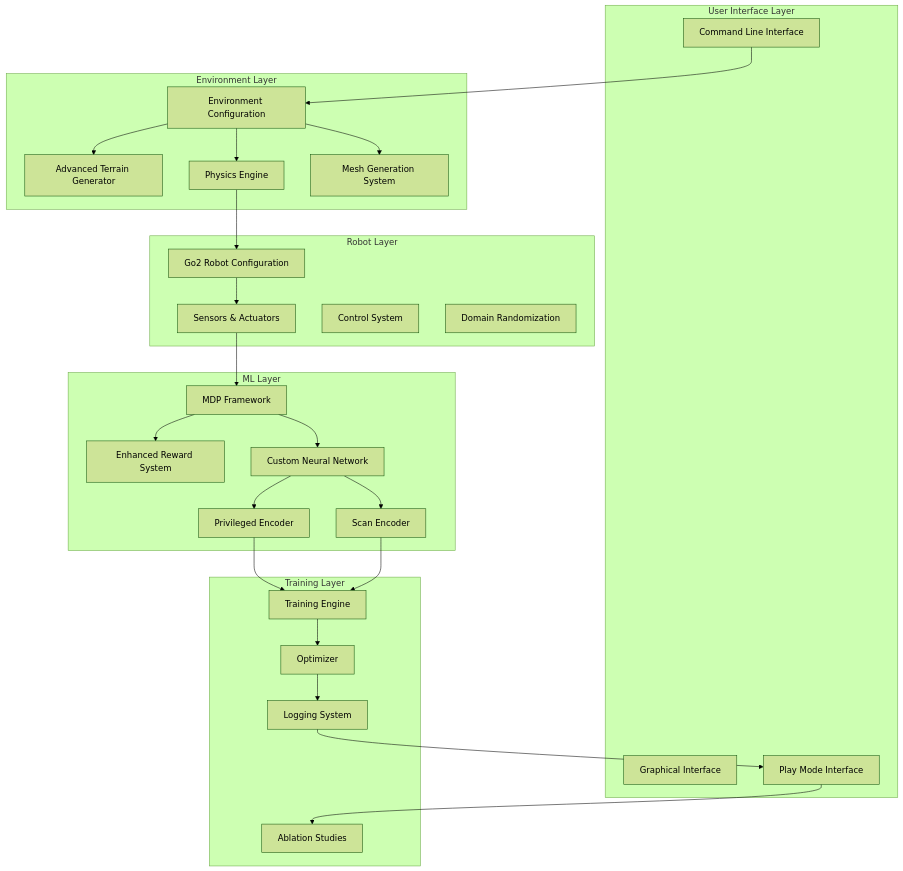
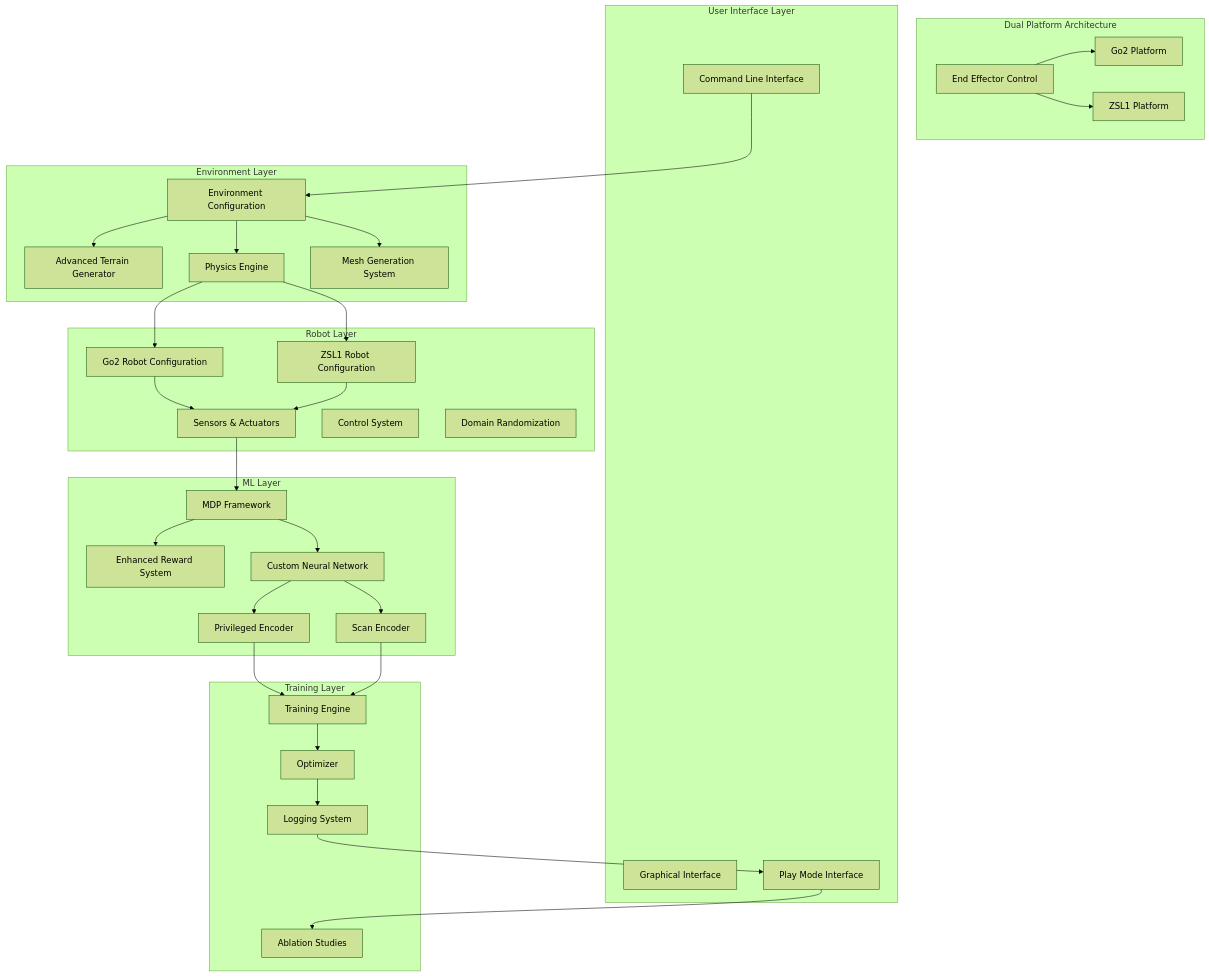
Before and after one commit to jayjayhust/robot_lab: the first of 15 diagrams in .qoder/repowiki/en/content/Task Configuration Framework/Velocity-Based Locomotion Tasks/Parkour Navigation System.md, drawn with Mermaid (forest theme). The commit also changed other lines of this file and 9 other files, not shown here.

````diff
--- a/.qoder/repowiki/en/content/Task Configuration Framework/Velocity-Based Locomotion Tasks/Parkour Navigation System.md
+++ b/.qoder/repowiki/en/content/Task Configuration Framework/Velocity-Based Locomotion Tasks/Parkour Navigation System.md
@@ -51,50 +60,60 @@
 ```mermaid
 graph TB
+subgraph "Dual Platform Architecture"
+Go2Platform[Go2 Platform]
+ZSL1Platform[ZSL1 Platform]
+EndEffector[End Effector Control]
+EndEffector --> Go2Platform
+EndEffector --> ZSL1Platform
+end
 subgraph "User Interface Layer"
 CLI[Command Line Interface]
 GUI[Graphical Interface]
 PlayMode[Play Mode Interface]
 end
 subgraph "Environment Layer"
 EnvCfg[Environment Configuration]
 TerrainGen[Advanced Terrain Generator]
 Physics[Physics Engine]
 MeshGen[Mesh Generation System]
 end
 subgraph "Robot Layer"
-RobotCfg[Go2 Robot Configuration]
+Go2Robot[Go2 Robot Configuration]
+ZSL1Robot[ZSL1 Robot Configuration]
 Sensors[Sensors & Actuators]
 Control[Control System]
 DR[Domain Randomization]
 end
 subgraph "ML Layer"
 MDP[MDP Framework]
 Rewards[Enhanced Reward System]
 Policy[Custom Neural Network]
 ScanEnc[Scan Encoder]
 PrivEnc[Privileged Encoder]
 end
 subgraph "Training Layer"
 Trainer[Training Engine]
 Optimizer[Optimizer]
 Logger[Logging System]
 Ablation[Ablation Studies]
 end
 CLI --> EnvCfg
 EnvCfg --> TerrainGen
 EnvCfg --> Physics
 EnvCfg --> MeshGen
-Physics --> RobotCfg
-RobotCfg --> Sensors
+Physics --> Go2Robot
+Physics --> ZSL1Robot
+Go2Robot --> Sensors
+ZSL1Robot --> Sensors
 Sensors --> MDP
 MDP --> Rewards
 MDP --> Policy
 Policy --> ScanEnc
 Policy --> PrivEnc
 PrivEnc --> Trainer
 ScanEnc --> Trainer
 Trainer --> Optimizer
 Optimizer --> Logger
 Logger --> PlayMode
 PlayMode --> Ablation
 ```
````
